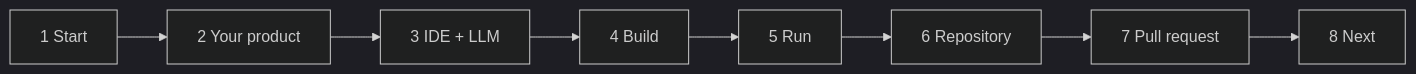
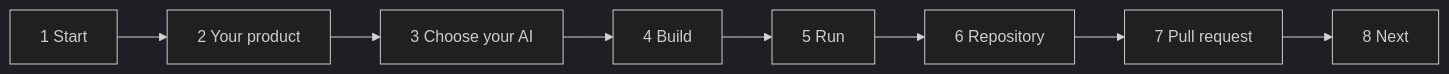
Before and after one commit to eclipse-tractusx/tutorial-resources: the diagram in e2e-testing/docs/index.md, drawn with Mermaid (dark theme). The commit also changed other lines of this file and 11 other files, not shown here.

````diff
--- a/e2e-testing/docs/index.md
+++ b/e2e-testing/docs/index.md
@@ -30,5 +30,5 @@
 ```mermaid
 flowchart LR
-    A["1 Start"] --> B["2 Your product"] --> C["3 IDE + LLM"] --> D["4 Build"]
+    A["1 Start"] --> B["2 Your product"] --> C["3 Choose your AI"] --> D["4 Build"]
     D --> E["5 Run"] --> F["6 Repository"] --> G["7 Pull request"] --> H["8 Next"]
 ```
````
